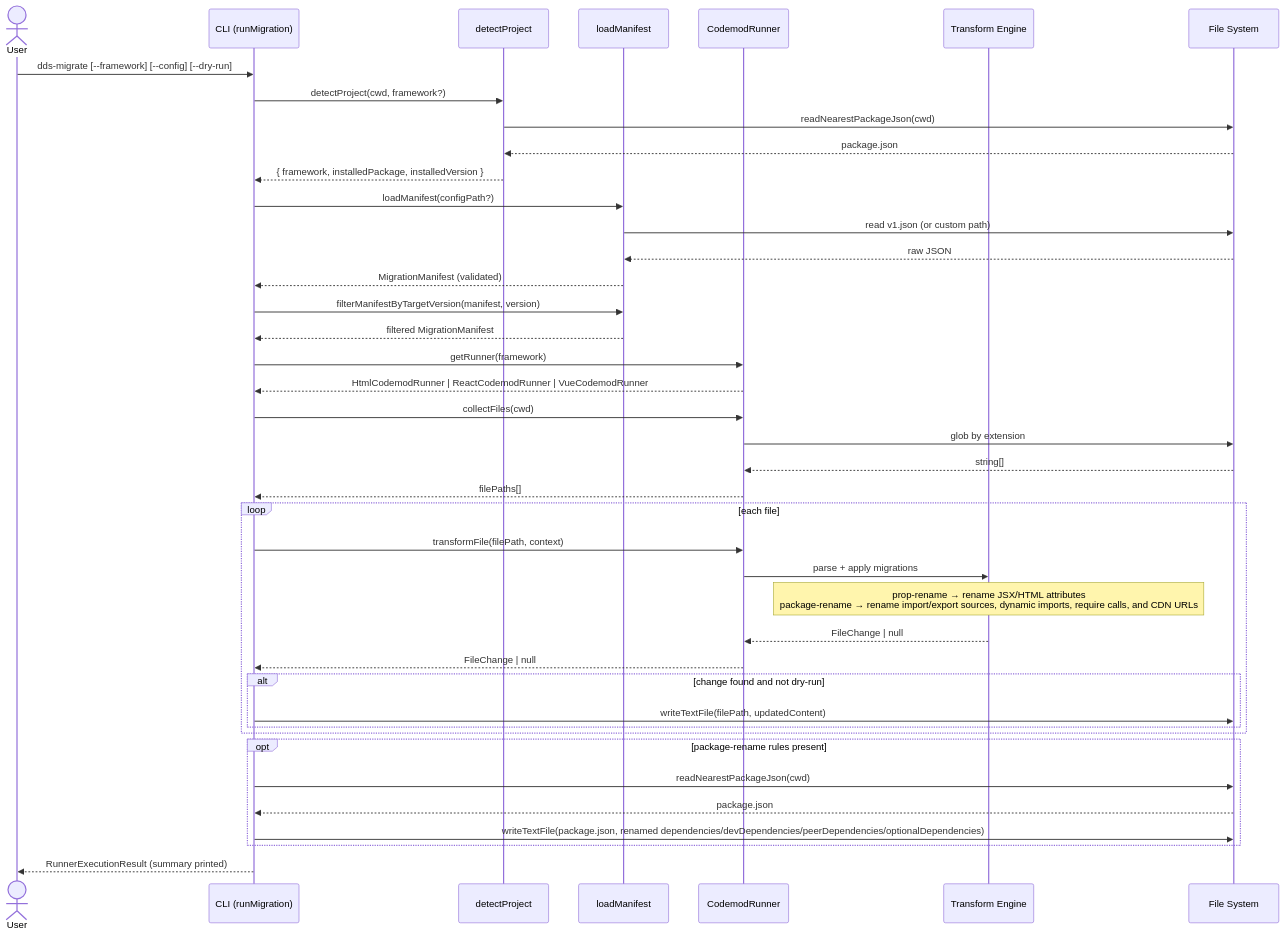
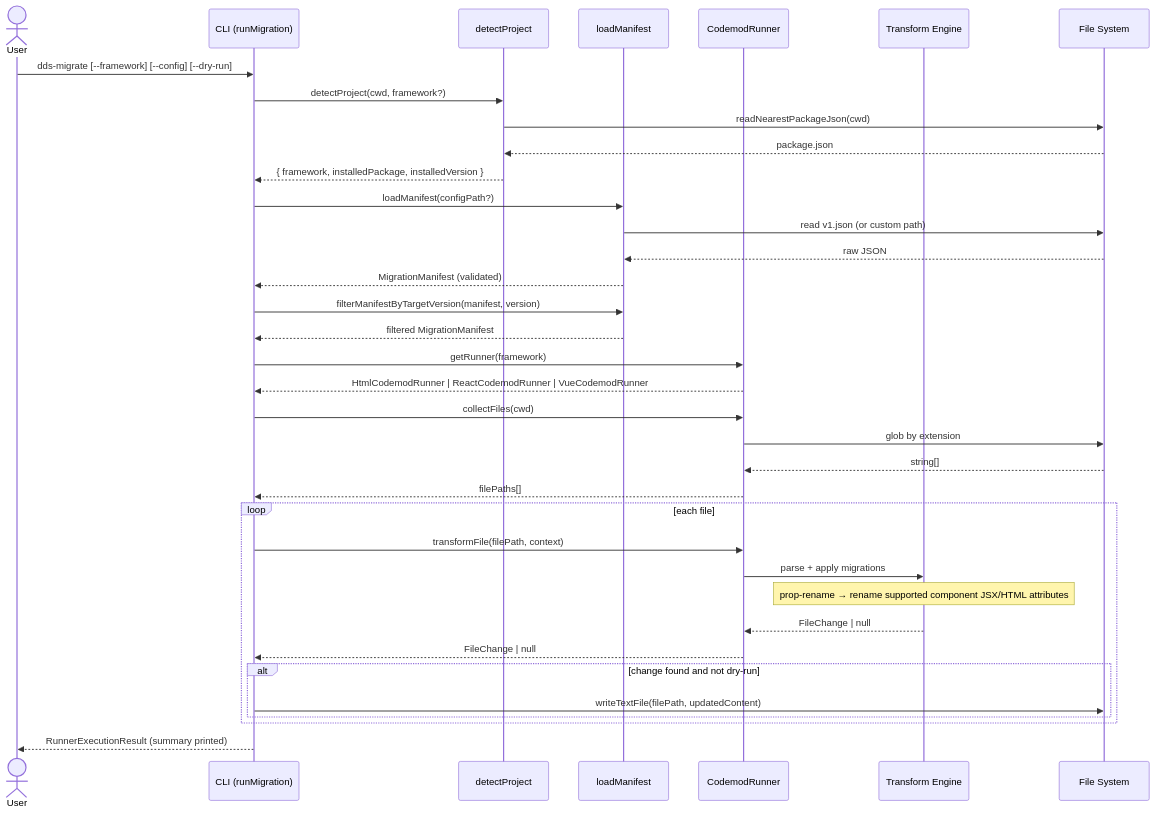
One commit to Infineon/infineon-design-system-stencil changed the second of 2 diagrams in packages/migrations/DOCS.md. Above: the diagram before and after it, drawn with Mermaid. The commit also changed other lines of this file and 30 other files, not shown here.

````diff
--- a/packages/migrations/DOCS.md
+++ b/packages/migrations/DOCS.md
@@ -44,53 +44,47 @@
 ```mermaid
 sequenceDiagram
   actor User
   participant CLI as CLI (runMigration)
   participant Project as detectProject
   participant Manifest as loadManifest
   participant Runner as CodemodRunner
   participant Engine as Transform Engine
   participant FS as File System
 
   User->>CLI: dds-migrate [--framework] [--config] [--dry-run]
 
   CLI->>Project: detectProject(cwd, framework?)
   Project->>FS: readNearestPackageJson(cwd)
   FS-->>Project: package.json
   Project-->>CLI: { framework, installedPackage, installedVersion }
 
   CLI->>Manifest: loadManifest(configPath?)
   Manifest->>FS: read v1.json (or custom path)
   FS-->>Manifest: raw JSON
   Manifest-->>CLI: MigrationManifest (validated)
 
   CLI->>Manifest: filterManifestByTargetVersion(manifest, version)
   Manifest-->>CLI: filtered MigrationManifest
 
   CLI->>Runner: getRunner(framework)
   Runner-->>CLI: HtmlCodemodRunner | ReactCodemodRunner | VueCodemodRunner
 
   CLI->>Runner: collectFiles(cwd)
   Runner->>FS: glob by extension
   FS-->>Runner: string[]
   Runner-->>CLI: filePaths[]
 
   loop each file
     CLI->>Runner: transformFile(filePath, context)
     Runner->>Engine: parse + apply migrations
-    Note over Engine: prop-rename → rename JSX/HTML attributes<br/>package-rename → rename import/export sources, dynamic imports, require calls, and CDN URLs
+    Note over Engine: prop-rename → rename supported component JSX/HTML attributes
     Engine-->>Runner: FileChange | null
     Runner-->>CLI: FileChange | null
 
     alt change found and not dry-run
       CLI->>FS: writeTextFile(filePath, updatedContent)
     end
   end
 
-  opt package-rename rules present
-    CLI->>FS: readNearestPackageJson(cwd)
-    FS-->>CLI: package.json
-    CLI->>FS: writeTextFile(package.json, renamed dependencies/devDependencies/peerDependencies/optionalDependencies)
-  end
-
   CLI-->>User: RunnerExecutionResult (summary printed)
 ```
````
